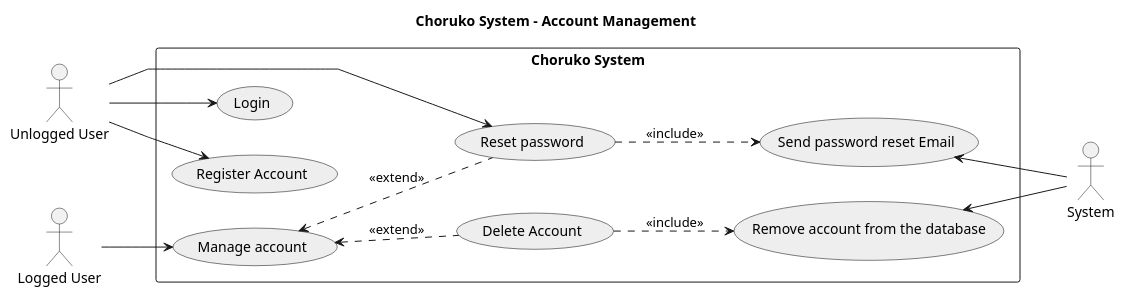
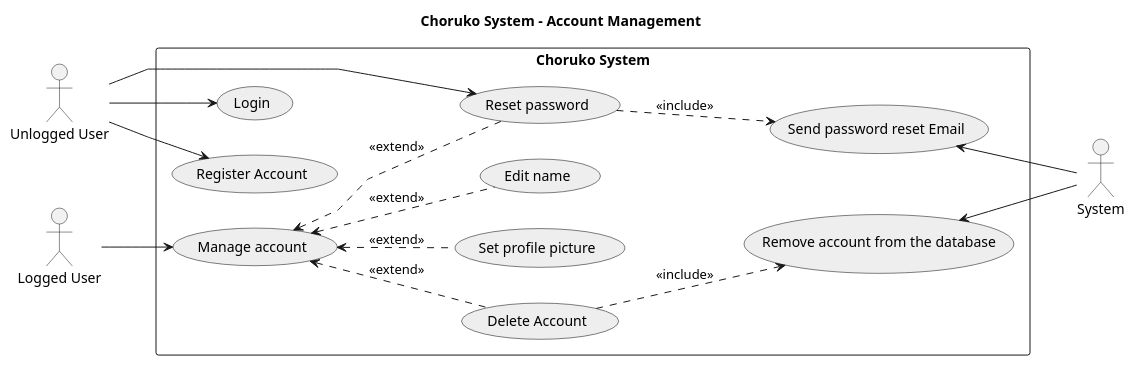
The diagram in docs/UML/use-case-diagrams/account-management-diagram.puml (psampir/choruko), drawn with PlantUML before and after one commit.

Commit message:
docs/edit name&profile pic

```diff
--- a/docs/UML/use-case-diagrams/account-management-diagram.puml
+++ b/docs/UML/use-case-diagrams/account-management-diagram.puml
@@ -1,35 +1,39 @@
 @startuml account-management
 
 title Choruko System - Account Management
 skinparam usecaseBorderColor #000000
 skinparam usecaseBackgroundColor #EEEEEE
 skinparam packageStyle rectangle
 skinparam linetype polyline
 left to right direction
 
 :Unlogged User: as u_user
 :Logged User: as l_user
 :System: as system
 
 rectangle "Choruko System" {
   usecase "Login" as UC1
   usecase "Register Account" as UC2
   usecase "Delete Account" as UC3
   usecase "Manage account" as UC5
   usecase "Reset password" as UC6
+  usecase "Set profile picture" as UC4
+  usecase "Edit name" as UC9
   usecase "Send password reset Email" as UC7
   usecase "Remove account from the database" as UC8
 }
 
 u_user --> UC1
 u_user --> UC2
 u_user --> UC6
 l_user --> UC5
 UC5 <.. UC3 : <<extend>>
 UC5 <.. UC6 : <<extend>>
+UC5 <.. UC4 : <<extend>>
+UC5 <.. UC9 : <<extend>>
 UC6 ..> UC7 : <<include>>
 UC3 ..> UC8 : <<include>>
 UC7 <-- system 
 UC8 <-- system
 
 @enduml
```
